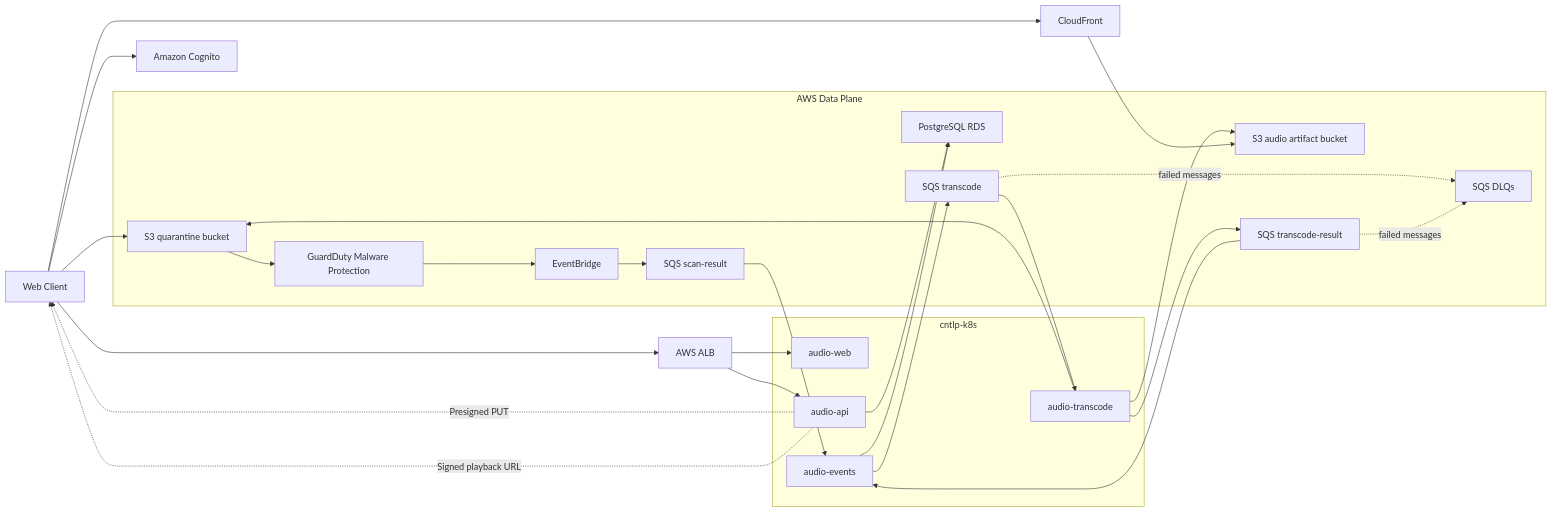
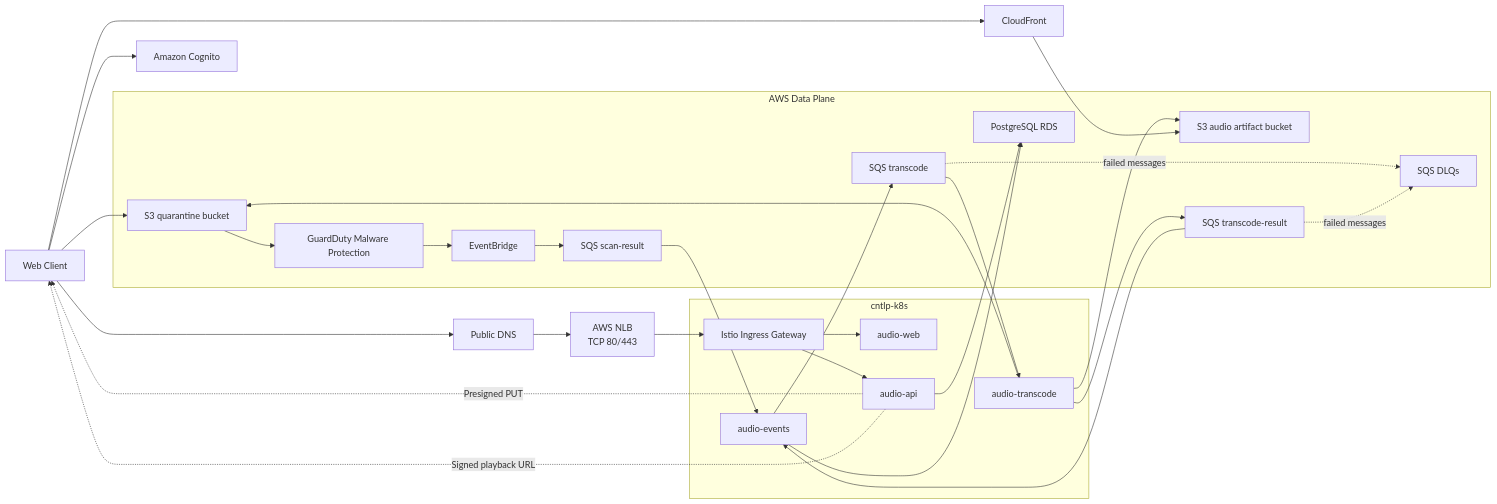
One commit to project-cantaloupe/03-app-audio changed the first of 5 diagrams in docs/audio-service-architecture.md. Above: the diagram before and after it, drawn with Mermaid. The commit also changed other lines of this file, not shown here.

Commit message:
docs: NLB와 Istio 기반 외부 진입 설계 반영

````diff
--- a/docs/audio-service-architecture.md
+++ b/docs/audio-service-architecture.md
@@ -93,54 +106,58 @@
 ```mermaid
 flowchart LR
     Client["Web Client"]
     Cognito["Amazon Cognito"]
-    ALB["AWS ALB"]
+    DNS["Public DNS"]
+    NLB["AWS NLB<br/>TCP 80/443"]
     CloudFront["CloudFront"]
 
     subgraph Cluster["cntlp-k8s"]
+        Ingress["Istio Ingress Gateway"]
         Web["audio-web"]
         API["audio-api"]
         Events["audio-events"]
         Worker["audio-transcode"]
     end
 
     subgraph Data["AWS Data Plane"]
         RDS["PostgreSQL RDS"]
         Incoming["S3 quarantine bucket"]
         Artifacts["S3 audio artifact bucket"]
         GuardDuty["GuardDuty Malware Protection"]
         EventBridge["EventBridge"]
         ScanQueue["SQS scan-result"]
         JobQueue["SQS transcode"]
         ResultQueue["SQS transcode-result"]
         DLQ["SQS DLQs"]
     end
 
     Client --> Cognito
-    Client --> ALB
-    ALB --> Web
-    ALB --> API
+    Client --> DNS
+    DNS --> NLB
+    NLB --> Ingress
+    Ingress --> Web
+    Ingress --> API
     API --> RDS
     API -. "Presigned PUT" .-> Client
     Client --> Incoming
 
     Incoming --> GuardDuty
     GuardDuty --> EventBridge
     EventBridge --> ScanQueue
     ScanQueue --> Events
     Events --> RDS
     Events --> JobQueue
 
     JobQueue --> Worker
     Worker --> Incoming
     Worker --> Artifacts
     Worker --> ResultQueue
     ResultQueue --> Events
 
     JobQueue -. "failed messages" .-> DLQ
     ResultQueue -. "failed messages" .-> DLQ
 
     API -. "Signed playback URL" .-> Client
     Client --> CloudFront
     CloudFront --> Artifacts
 ```
````
